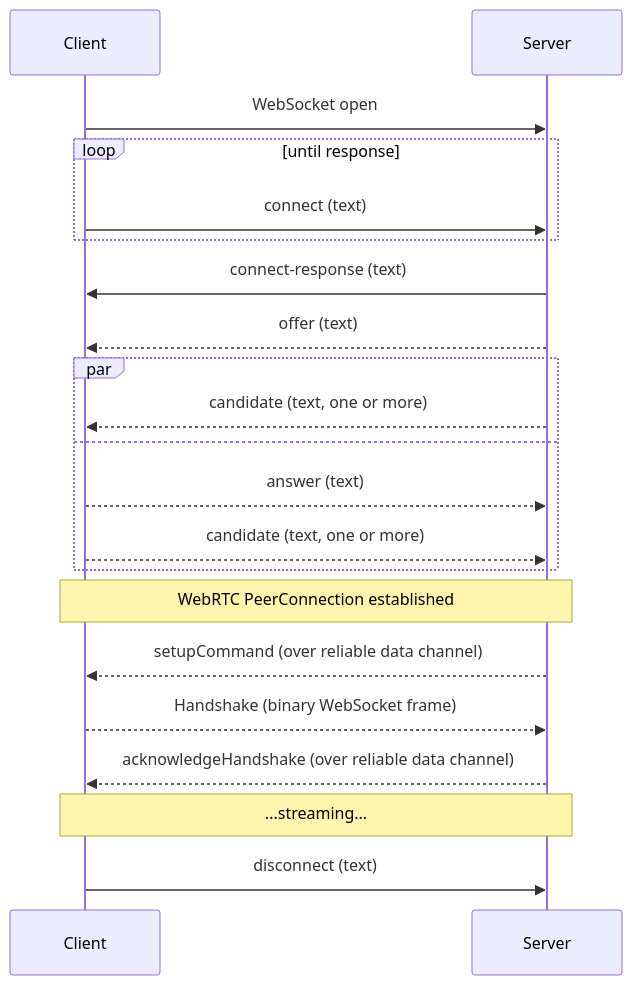
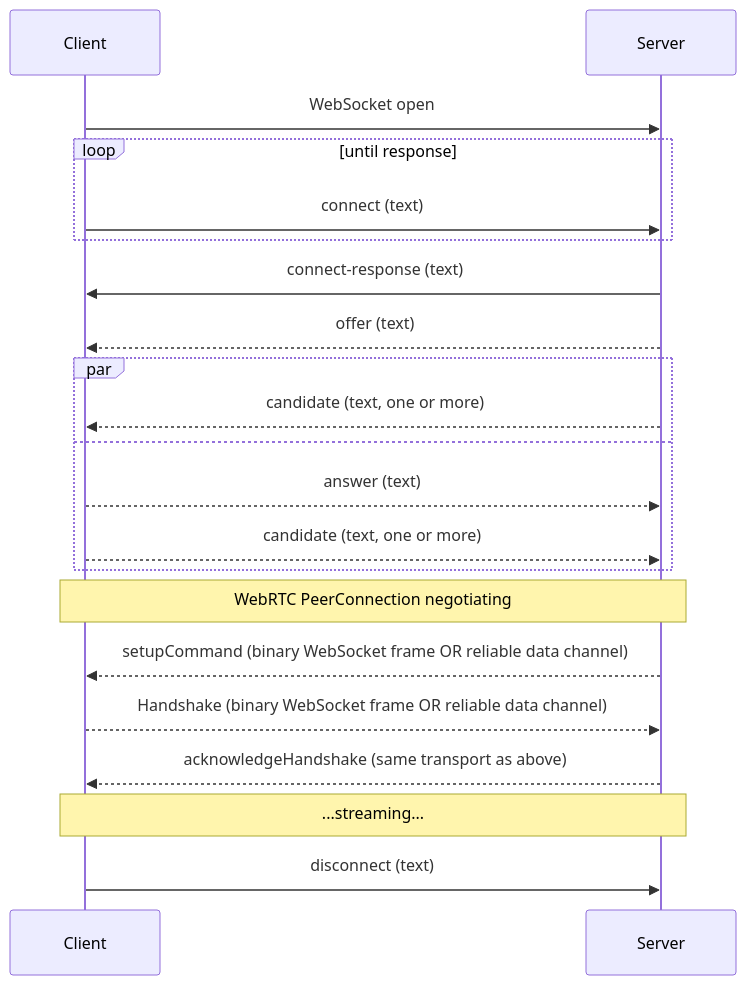
The first of 3 diagrams in docs/protocol/signaling.rst (teleportxr/Teleport), drawn with Mermaid before and after one commit. The commit also changed other lines of this file and 72 other files, not shown here.

```diff
--- a/docs/protocol/signaling.rst
+++ b/docs/protocol/signaling.rst
@@ -23,23 +23,23 @@
 .. mermaid::
 
     sequenceDiagram
         participant C as Client
         participant S as Server
         C->>S: WebSocket open
         loop until response
             C->>S: connect (text)
         end
         S->>C: connect-response (text)
         S-->>C: offer (text)
         par
             S-->>C: candidate (text, one or more)
         and
             C-->>S: answer (text)
             C-->>S: candidate (text, one or more)
         end
-        Note over C,S: WebRTC PeerConnection established
-        S-->>C: setupCommand (over reliable data channel)
-        C-->>S: Handshake (binary WebSocket frame)
-        S-->>C: acknowledgeHandshake (over reliable data channel)
+        Note over C,S: WebRTC PeerConnection negotiating
+        S-->>C: setupCommand (binary WebSocket frame OR reliable data channel)
+        C-->>S: Handshake (binary WebSocket frame OR reliable data channel)
+        S-->>C: acknowledgeHandshake (same transport as above)
         Note over C,S: ...streaming...
         C->>S: disconnect (text)
```
